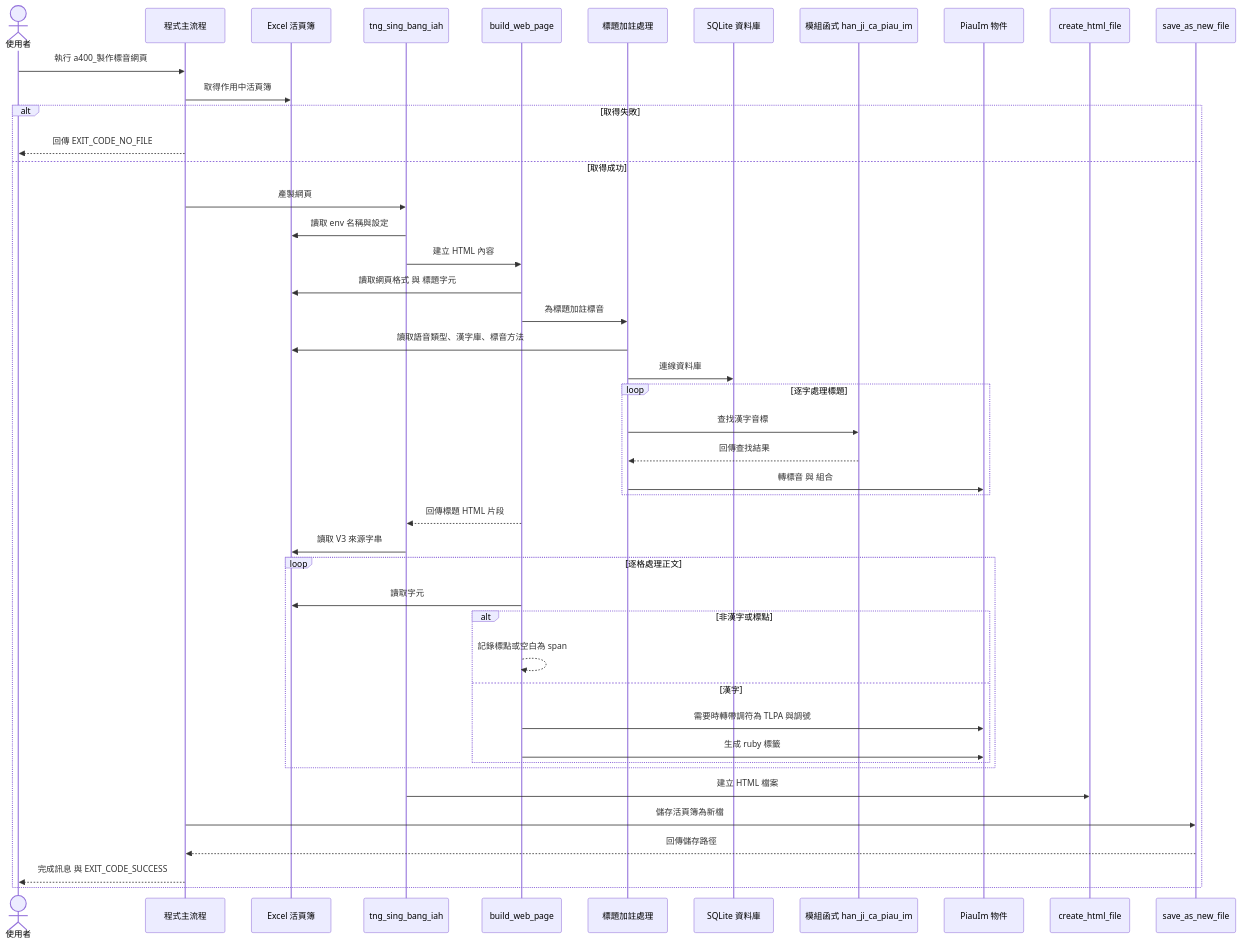
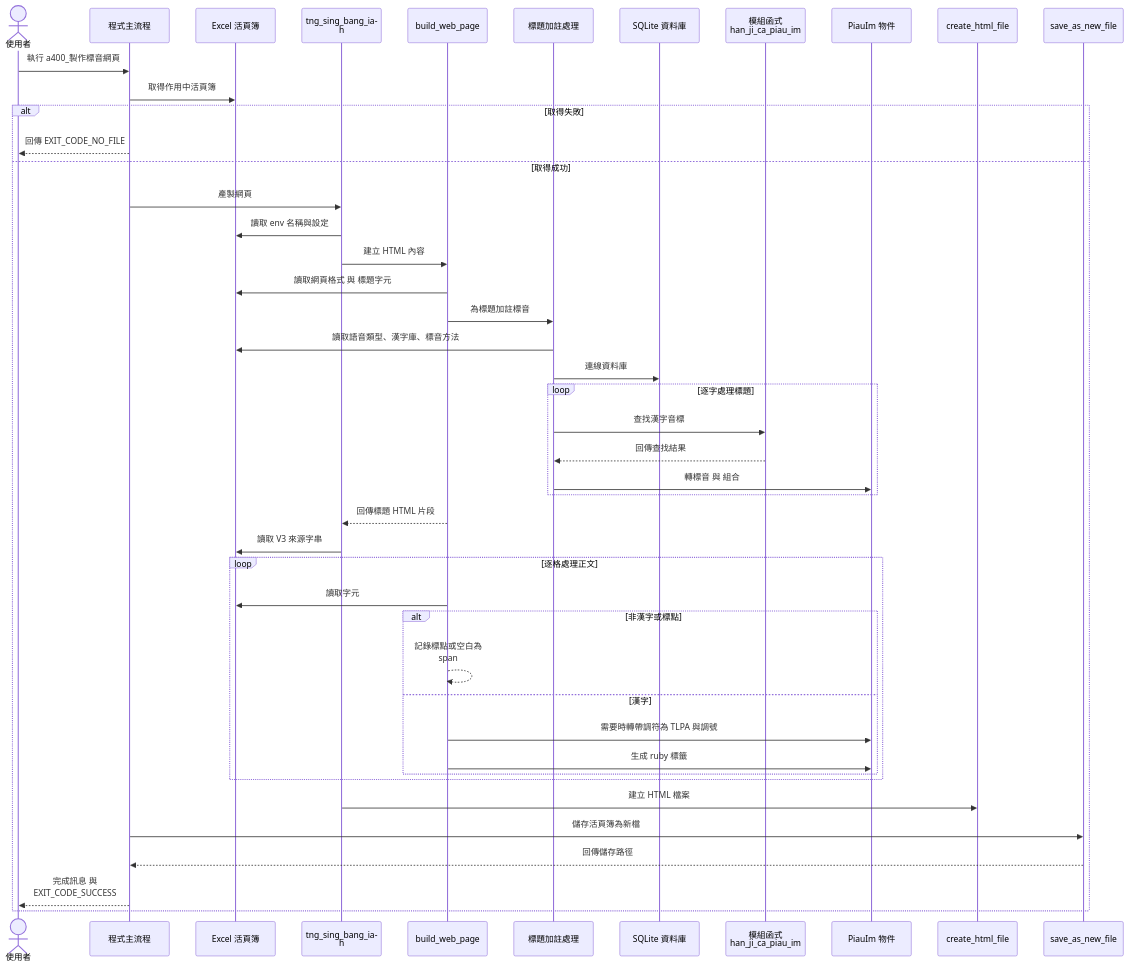
The second of 2 diagrams in Documents/PRG_a400.md (AlanJui/Piau-Im), drawn with Mermaid before and after one commit. The commit also changed other lines of this file and 8 other files, not shown here.

````diff
--- a/Documents/PRG_a400.md
+++ b/Documents/PRG_a400.md
@@ -30,62 +34,56 @@
 ```mermaid
 %%{init: {
-  "sequence": {
-    "useMaxWidth": false,     /* 不強制把圖壓到容器寬度 */
-    "wrap": true,             /* 長訊息自動換行 */
-    "actorFontSize": 18,
-    "messageFontSize": 18,
-    "noteFontSize": 16
-  },
-  "themeVariables": { "fontSize": "18px" }  /* 全域字體大小 */
+  "sequence": { "useMaxWidth": false, "wrap": true, "actorFontSize": 20, "messageFontSize": 18, "noteFontSize": 16 },
+  "themeVariables": { "fontSize": "18px" }
 }}%%
 sequenceDiagram
     actor User as 使用者
     participant Main as 程式主流程
     participant Excel as Excel 活頁簿
     participant TNG as tng_sing_bang_iah
     participant BUILD as build_web_page
     participant TitleSvc as 標題加註處理
     participant DB as SQLite 資料庫
     participant MOD as 模組函式 han_ji_ca_piau_im
     participant PiauIm as PiauIm 物件
     participant HTML as create_html_file
     participant SAVE as save_as_new_file
 
     User->>Main: 執行 a400_製作標音網頁
     Main->>Excel: 取得作用中活頁簿
     alt 取得失敗
         Main-->>User: 回傳 EXIT_CODE_NO_FILE
     else 取得成功
         Main->>TNG: 產製網頁
         TNG->>Excel: 讀取 env 名稱與設定
         TNG->>BUILD: 建立 HTML 內容
 
         BUILD->>Excel: 讀取網頁格式 與 標題字元
         BUILD->>TitleSvc: 為標題加註標音
         TitleSvc->>Excel: 讀取語音類型、漢字庫、標音方法
         TitleSvc->>DB: 連線資料庫
         loop 逐字處理標題
             TitleSvc->>MOD: 查找漢字音標
             MOD-->>TitleSvc: 回傳查找結果
             TitleSvc->>PiauIm: 轉標音 與 組合
         end
 
         BUILD-->>TNG: 回傳標題 HTML 片段
         TNG->>Excel: 讀取 V3 來源字串
 
         loop 逐格處理正文
             BUILD->>Excel: 讀取字元
             alt 非漢字或標點
                 BUILD-->>BUILD: 記錄標點或空白為 span
             else 漢字
                 BUILD->>PiauIm: 需要時轉帶調符為 TLPA 與調號
                 BUILD->>PiauIm: 生成 ruby 標籤
             end
         end
 
         TNG->>HTML: 建立 HTML 檔案
         Main->>SAVE: 儲存活頁簿為新檔
         SAVE-->>Main: 回傳儲存路徑
         Main-->>User: 完成訊息 與 EXIT_CODE_SUCCESS
     end
 ```
````
